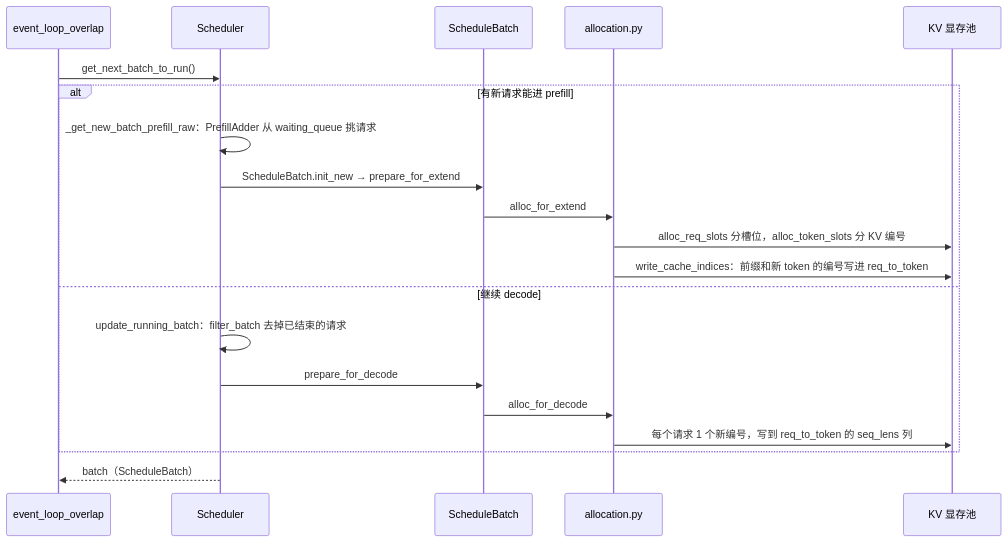
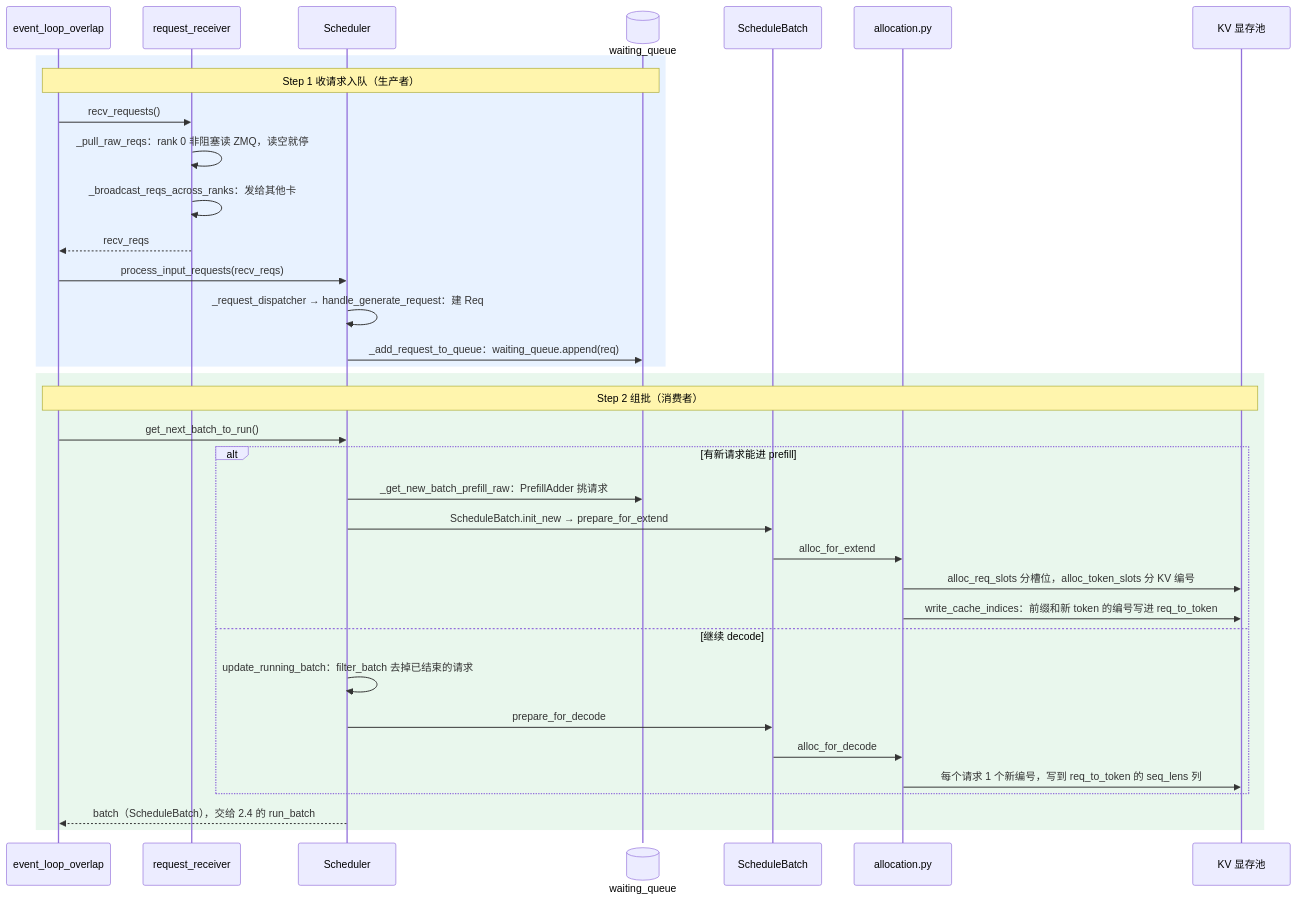
The sixth of 10 diagrams in user_guide_zh/基础知识二：一次推理的全过程（启动、组批、前向与采样）.md (dugenkui03/sglang), drawn with Mermaid before and after one commit. The commit also changed other lines of this file and 6 other files, not shown here.

Commit message:
docs: annotate scheduler event loop, batch planning and request receiving

````diff
--- a/user_guide_zh/基础知识二：一次推理的全过程（启动、组批、前向与采样）.md
+++ b/user_guide_zh/基础知识二：一次推理的全过程（启动、组批、前向与采样）.md
@@ -231,22 +266,38 @@
 ```mermaid
+%%{init: {"themeCSS": "g.actor path { fill: #c8e6c9 !important; stroke: #589765 !important; }"}}%%
 sequenceDiagram
     participant L as event_loop_overlap
+    participant RR as request_receiver
     participant S as Scheduler
+    participant waiting_queue@{ "type" : "database" }
     participant B as ScheduleBatch
     participant A as allocation.py
     participant P as KV 显存池
-    L->>S: get_next_batch_to_run()
-    alt 有新请求能进 prefill
-        S->>S: _get_new_batch_prefill_raw：PrefillAdder 从 waiting_queue 挑请求
-        S->>B: ScheduleBatch.init_new → prepare_for_extend
-        B->>A: alloc_for_extend
-        A->>P: alloc_req_slots 分槽位，alloc_token_slots 分 KV 编号
-        A->>P: write_cache_indices：前缀和新 token 的编号写进 req_to_token
-    else 继续 decode
-        S->>S: update_running_batch：filter_batch 去掉已结束的请求
-        S->>B: prepare_for_decode
-        B->>A: alloc_for_decode
-        A->>P: 每个请求 1 个新编号，写到 req_to_token 的 seq_lens 列
+    rect rgb(232, 242, 255)
+        Note over L,waiting_queue: Step 1 收请求入队（生产者）
+        L->>RR: recv_requests()
+        RR->>RR: _pull_raw_reqs：rank 0 非阻塞读 ZMQ，读空就停
+        RR->>RR: _broadcast_reqs_across_ranks：发给其他卡
+        RR-->>L: recv_reqs
+        L->>S: process_input_requests(recv_reqs)
+        S->>S: _request_dispatcher → handle_generate_request：建 Req
+        S->>waiting_queue: _add_request_to_queue：waiting_queue.append(req)
     end
-    S-->>L: batch（ScheduleBatch）
+    rect rgb(233, 247, 237)
+        Note over L,P: Step 2 组批（消费者）
+        L->>S: get_next_batch_to_run()
+        alt 有新请求能进 prefill
+            S->>waiting_queue: _get_new_batch_prefill_raw：PrefillAdder 挑请求
+            S->>B: ScheduleBatch.init_new → prepare_for_extend
+            B->>A: alloc_for_extend
+            A->>P: alloc_req_slots 分槽位，alloc_token_slots 分 KV 编号
+            A->>P: write_cache_indices：前缀和新 token 的编号写进 req_to_token
+        else 继续 decode
+            S->>S: update_running_batch：filter_batch 去掉已结束的请求
+            S->>B: prepare_for_decode
+            B->>A: alloc_for_decode
+            A->>P: 每个请求 1 个新编号，写到 req_to_token 的 seq_lens 列
+        end
+        S-->>L: batch（ScheduleBatch），交给 2.4 的 run_batch
+    end
 ```
````
